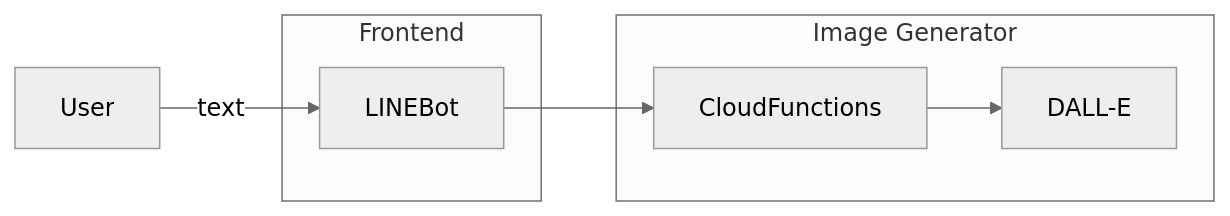
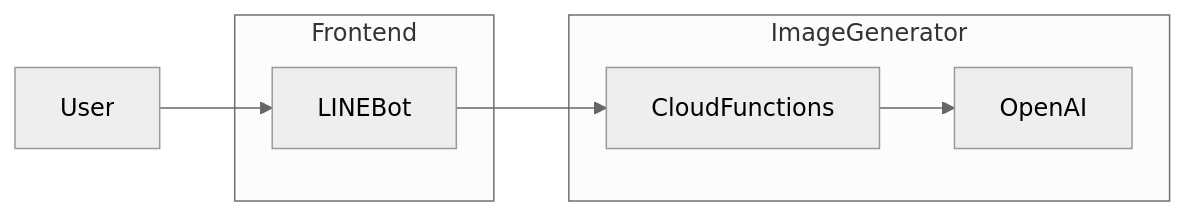
Before and after one commit to metaproxy-technologies/pages: the diagram in docs/_posts/2023-02-17-LINEBot.md, drawn with Mermaid (neutral theme). The commit also changed other lines of this file, not shown here.

````diff
--- a/docs/_posts/2023-02-17-LINEBot.md
+++ b/docs/_posts/2023-02-17-LINEBot.md
@@ -13,14 +13,13 @@
 ```mermaid
 graph LR;
 
-  User -- text --> LINEBot --> CloudFunctions --> DALL-E
+  User --> LINEBot --> CloudFunctions --> OpenAI
 
   subgraph Frontend;
     LINEBot
   end
-  subgraph Image Generator;
+  subgraph ImageGenerator;
     CloudFunctions
-    DALL-E
+    OpenAI
   end
-
 ```
````
